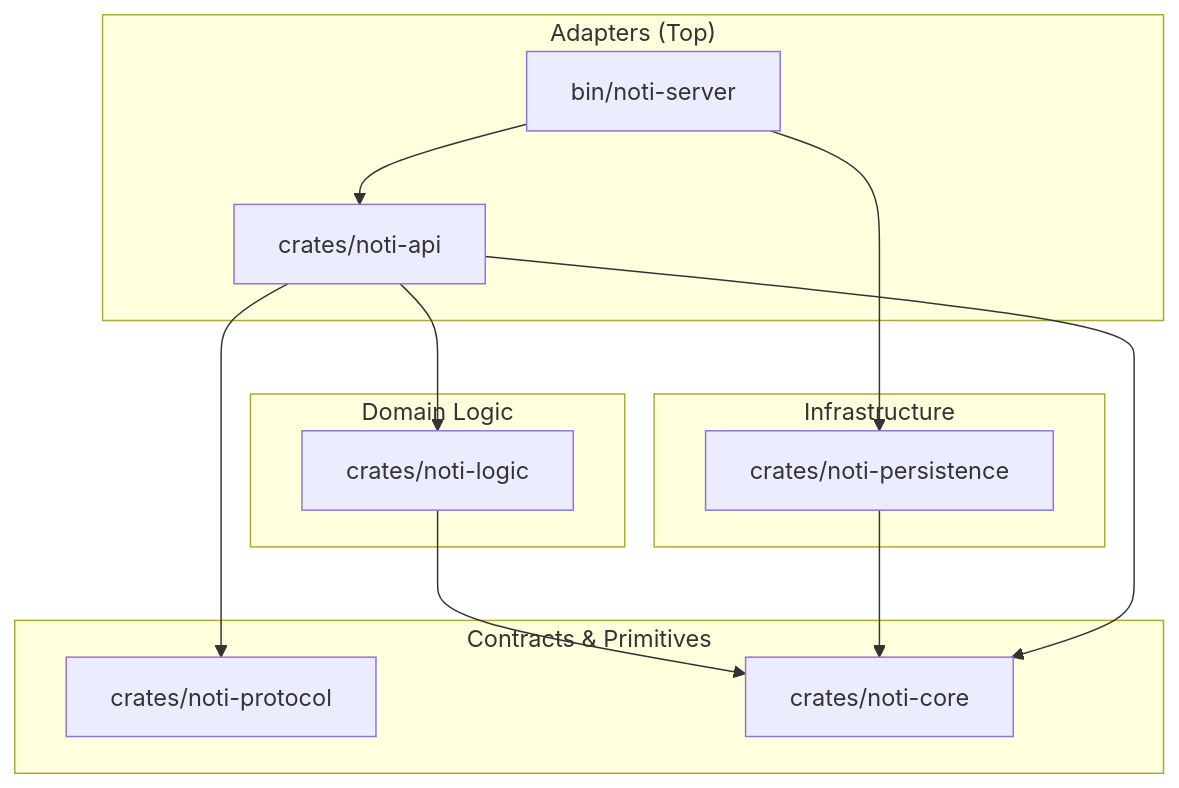
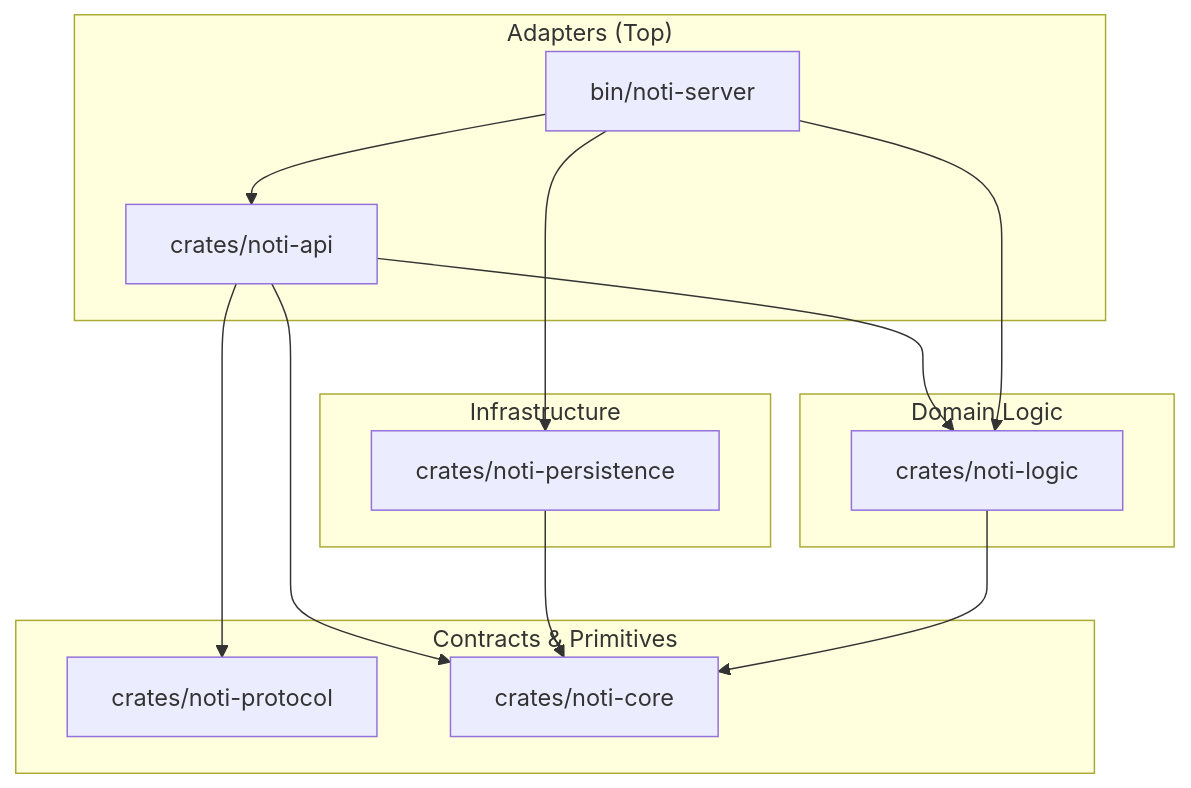
Before and after one commit to NakaSato/gridtokenx-noti-service: the diagram in ARCHITECTURE.md, drawn with Mermaid. The commit also changed other lines of this file and 24 other files, not shown here.

````diff
--- a/ARCHITECTURE.md
+++ b/ARCHITECTURE.md
@@ -11,28 +13,29 @@
 ```mermaid
 graph TD
     subgraph "Adapters (Top)"
         Server[bin/noti-server]
         API[crates/noti-api]
     end
 
     subgraph "Domain Logic"
         Logic[crates/noti-logic]
     end
 
     subgraph "Infrastructure"
         Persistence[crates/noti-persistence]
     end
 
     subgraph "Contracts & Primitives"
         Protocol[crates/noti-protocol]
         Core[crates/noti-core]
     end
 
     Server --> API
     Server --> Persistence
+    Server --> Logic
     API --> Logic
     API --> Protocol
     Logic --> Core
     Persistence --> Core
     API --> Core
 ```
````
